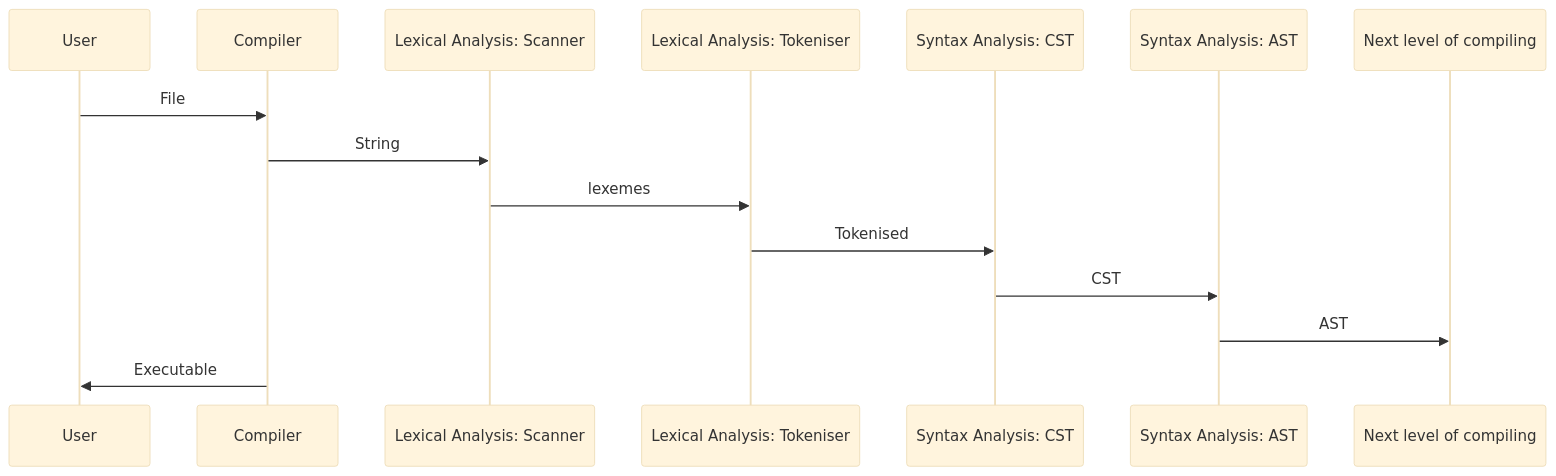
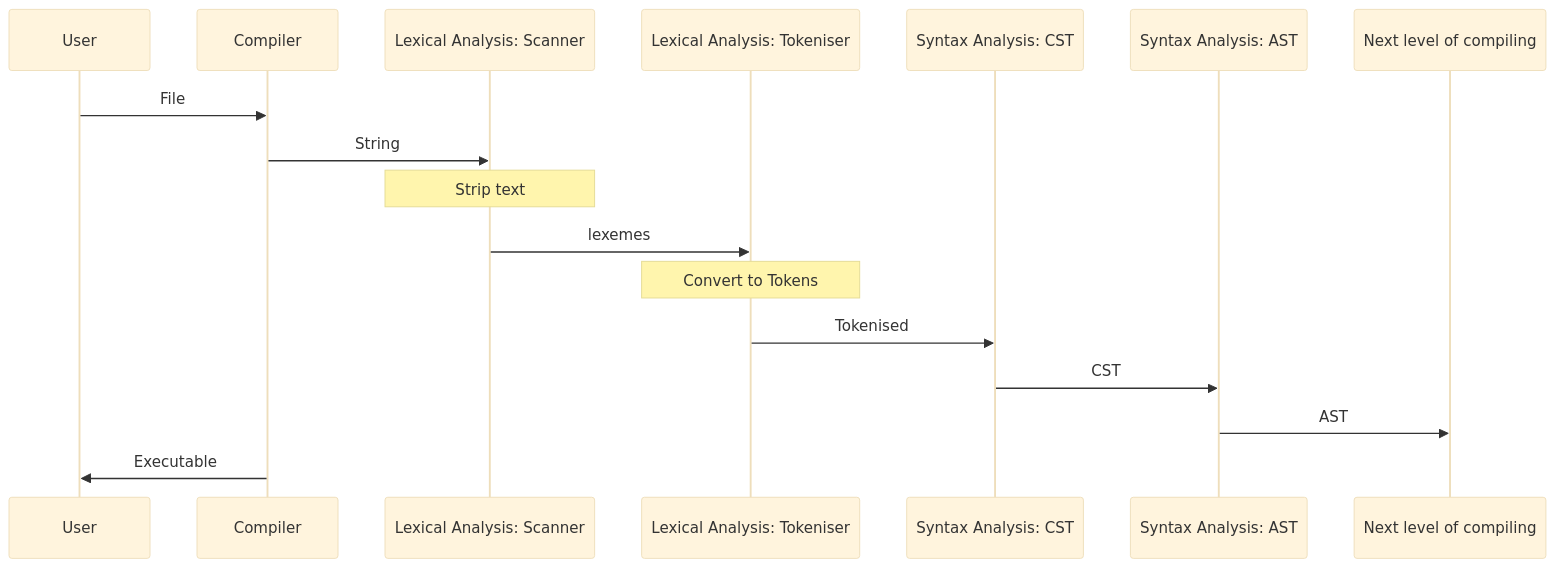
One commit to trshant-sugoi/stackedit changed the diagram in drafts/2019-02-25-Compiler-I-AST.md. Above: the diagram before and after it, drawn with Mermaid (base theme). The commit also changed other lines of this file, not shown here.

````diff
--- a/drafts/2019-02-25-Compiler-I-AST.md
+++ b/drafts/2019-02-25-Compiler-I-AST.md
@@ -18,17 +18,19 @@
 ```mermaid
 sequenceDiagram
 participant U as User  
 participant C as Compiler   
 participant S as Lexical Analysis: Scanner
 participant T as Lexical Analysis: Tokeniser   
 participant SA1 as Syntax Analysis: CST
 participant SA2 as Syntax Analysis: AST 
 
 U ->> C  : File  
 C ->> S  : String
+Note over S: Strip text
 S ->> T  : lexemes 
+Note over T: Convert to Tokens
 T ->> SA1 : Tokenised   
 SA1  ->> SA2 : CST
 SA2  ->> Next level of compiling: AST 
 C ->> U: Executable  
 ```  
````
